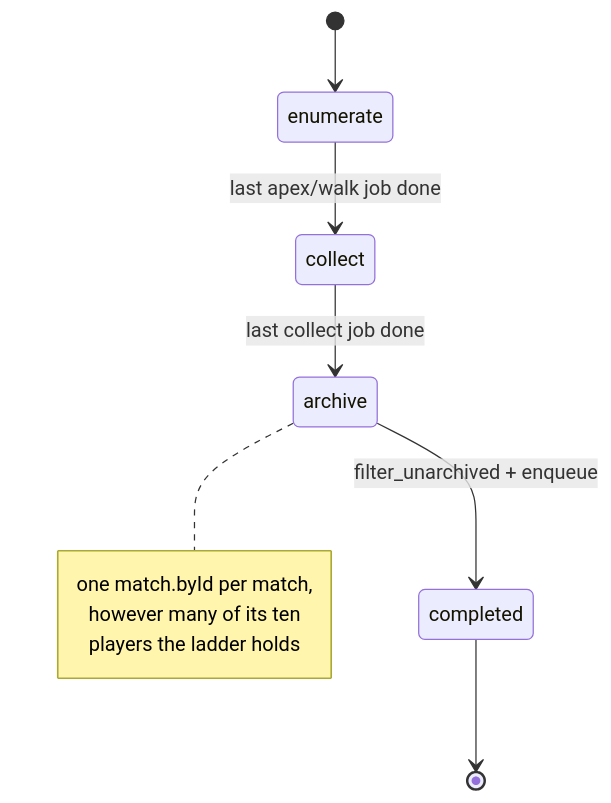
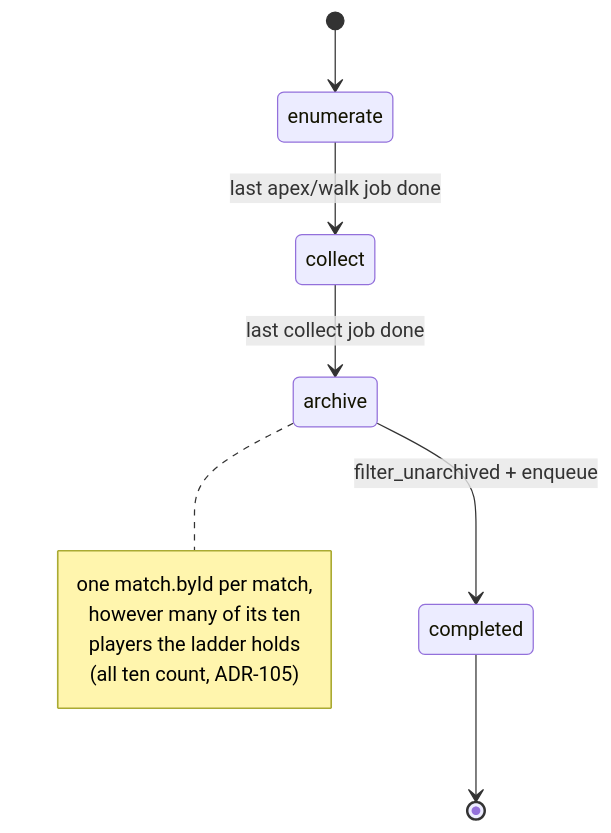
The second of 3 diagrams in docs/design/06-jobs-and-realtime.md (NinjaGoldfinch/riot-proxy), drawn with Mermaid before and after one commit. The commit also changed 19 other files, not shown here.

````diff
--- a/docs/design/06-jobs-and-realtime.md
+++ b/docs/design/06-jobs-and-realtime.md
@@ -147,13 +147,14 @@
 ```mermaid
 stateDiagram-v2
     [*] --> enumerate
     enumerate --> collect: last apex/walk job done
     collect --> archive: last collect job done
     archive --> completed: filter_unarchived + enqueue
     completed --> [*]
     note right of archive
         one match.byId per match,
         however many of its ten
         players the ladder holds
+        (all ten count, ADR-105)
     end note
 ```
````
